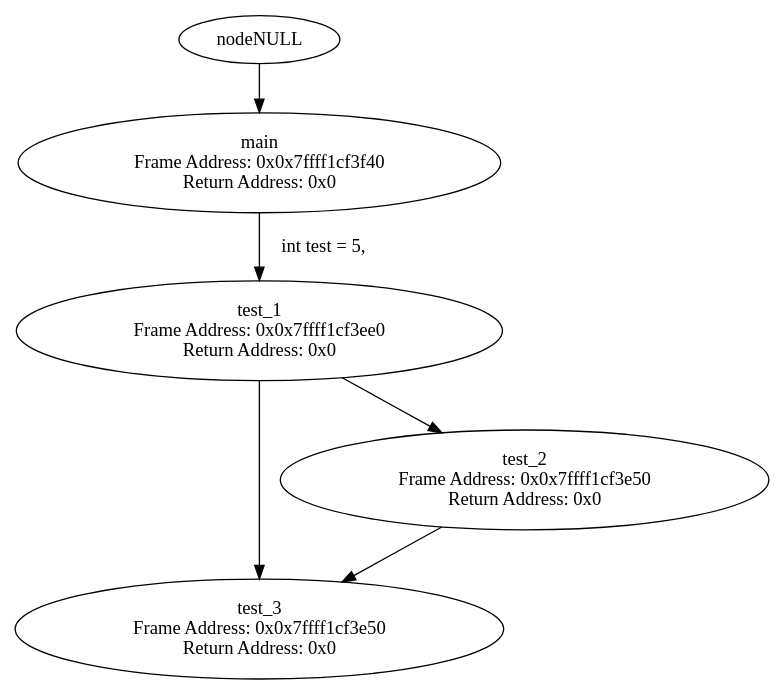
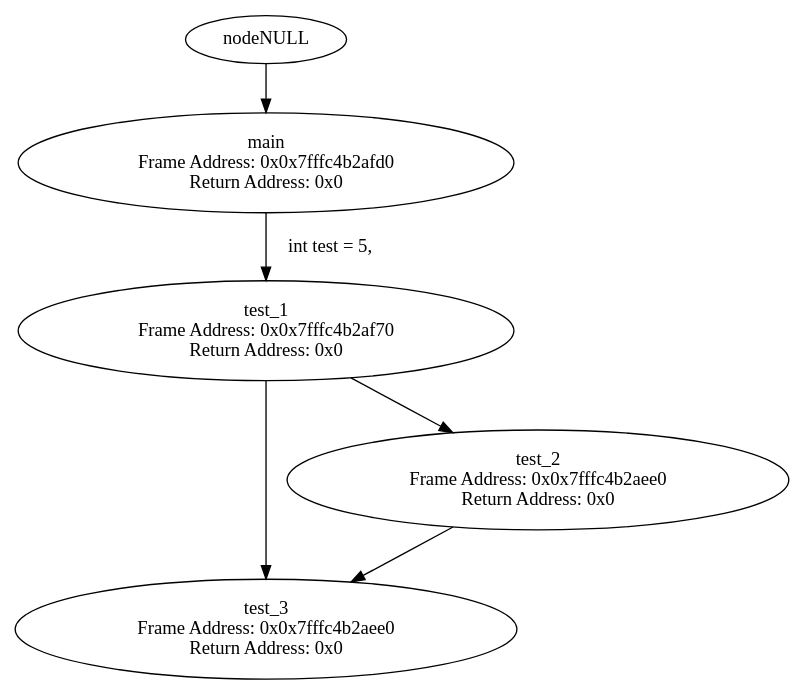
The diagram in tree.dot (SameerDalal/backtrace), drawn with Graphviz before and after one commit. The commit also changed 4 other files, not shown here.

```diff
--- a/tree.dot
+++ b/tree.dot
@@ -1,12 +1,12 @@
 digraph ContextTree {
-nodetest_3 [label="test_3\n Frame Address: 0x0x7ffff1cf3df0\n Return Address: 0x0"];
+nodetest_3 [label="test_3\n Frame Address: 0x0x7fffc4b2ae80\n Return Address: 0x0"];
 nodetest_2 -> nodetest_3
-nodetest_2 [label="test_2\n Frame Address: 0x0x7ffff1cf3e50\n Return Address: 0x0"];
+nodetest_2 [label="test_2\n Frame Address: 0x0x7fffc4b2aee0\n Return Address: 0x0"];
 nodetest_1 -> nodetest_2
-nodetest_3 [label="test_3\n Frame Address: 0x0x7ffff1cf3e50\n Return Address: 0x0"];
+nodetest_3 [label="test_3\n Frame Address: 0x0x7fffc4b2aee0\n Return Address: 0x0"];
 nodetest_1 -> nodetest_3
-nodetest_1 [label="test_1\n Frame Address: 0x0x7ffff1cf3ee0\n Return Address: 0x0"];
+nodetest_1 [label="test_1\n Frame Address: 0x0x7fffc4b2af70\n Return Address: 0x0"];
 nodemain -> nodetest_1 [label=" int test = 5, "];
-nodemain [label="main\n Frame Address: 0x0x7ffff1cf3f40\n Return Address: 0x0"];
+nodemain [label="main\n Frame Address: 0x0x7fffc4b2afd0\n Return Address: 0x0"];
 nodeNULL -> nodemain
 }
```
